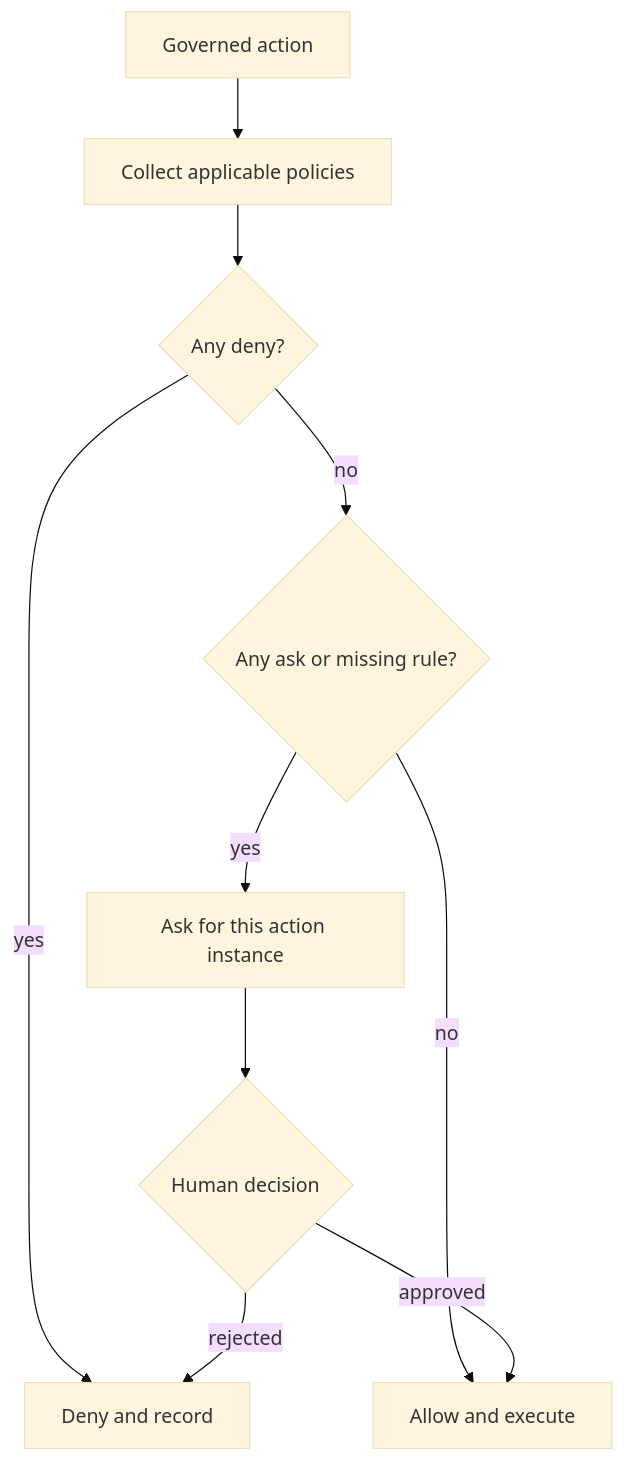
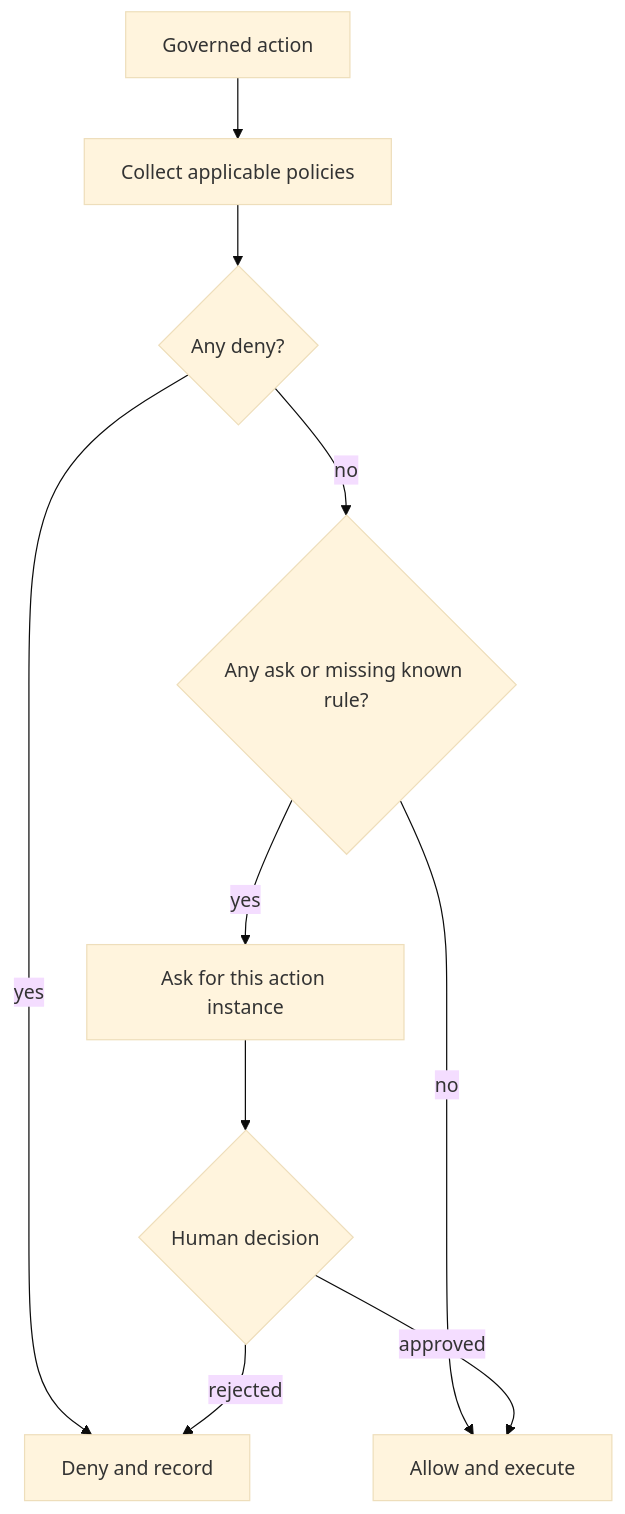
The third of 5 diagrams in framework-docs/workbench-v2-governance.md (YOOGOMJA/workbench-kit), drawn with Mermaid (base theme) before and after one commit. The commit also changed other lines of this file and 6 other files, not shown here.

````diff
--- a/framework-docs/workbench-v2-governance.md
+++ b/framework-docs/workbench-v2-governance.md
@@ -342,12 +366,12 @@
 ```mermaid
 flowchart TD
     A[Governed action] --> P[Collect applicable policies]
     P --> D{Any deny?}
     D -->|yes| X[Deny and record]
-    D -->|no| Q{Any ask or missing rule?}
+    D -->|no| Q{Any ask or missing known rule?}
     Q -->|yes| H[Ask for this action instance]
     Q -->|no| L[Allow and execute]
     H --> R{Human decision}
     R -->|approved| L
     R -->|rejected| X
 ```
````
